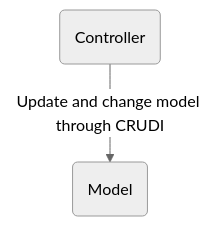
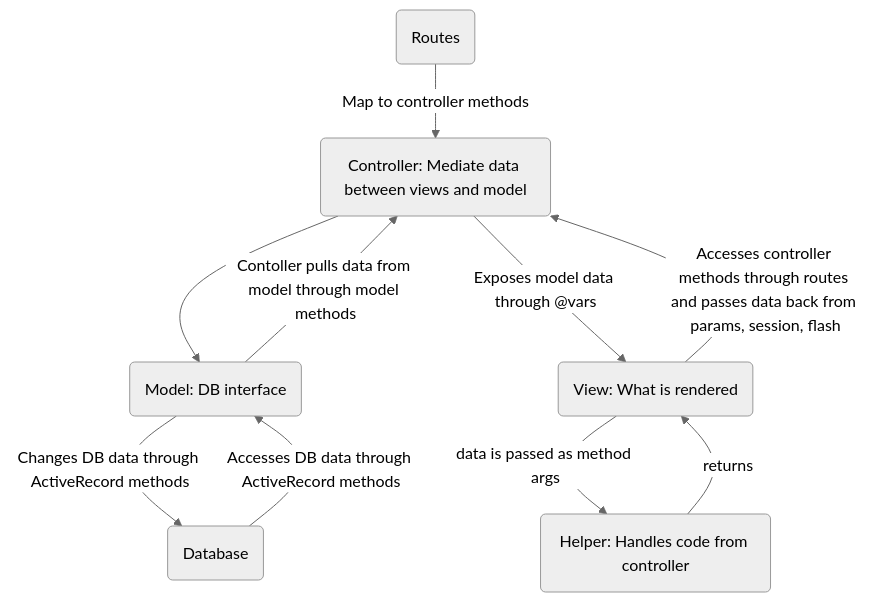
Before and after one commit to lilyosah/tech-knowledgebase: the diagram in Model-View-Controller (MVC).md, drawn with Mermaid (neutral theme). The commit also changed other lines of this file and 5 other files, not shown here.

````diff
--- a/Model-View-Controller (MVC).md
+++ b/Model-View-Controller (MVC).md
@@ -38,9 +42,17 @@
 ```mermaid
 graph TD
- c("Controller") -- Update and change model through CRUDI --> m("Model")
+ c("Controller: Mediate data between views and model") --> m("Model: DB interface")
+ m -- Contoller pulls data from model through model methods --> c
+ m -- Changes DB data through ActiveRecord methods --> db("Database")
+ db -- Accesses DB data through ActiveRecord methods --> m
+ c -- "Exposes model data through @vars" --> v("View: What is rendered")
+ v -- Accesses controller methods through routes and passes data back from params, session, flash--> c
+ r("Routes") -- Map to controller methods --> c
+ h("Helper: Handles code from controller") -- returns --> v
+ v -- data is passed as method args --> h
  
  classDef blueFill fill:#122e6b;
  classDef redBorder stroke:#f21e02;
  classDef greenBorder stroke:#02fc66;
  classDef hidden display:none;
 ```
````
